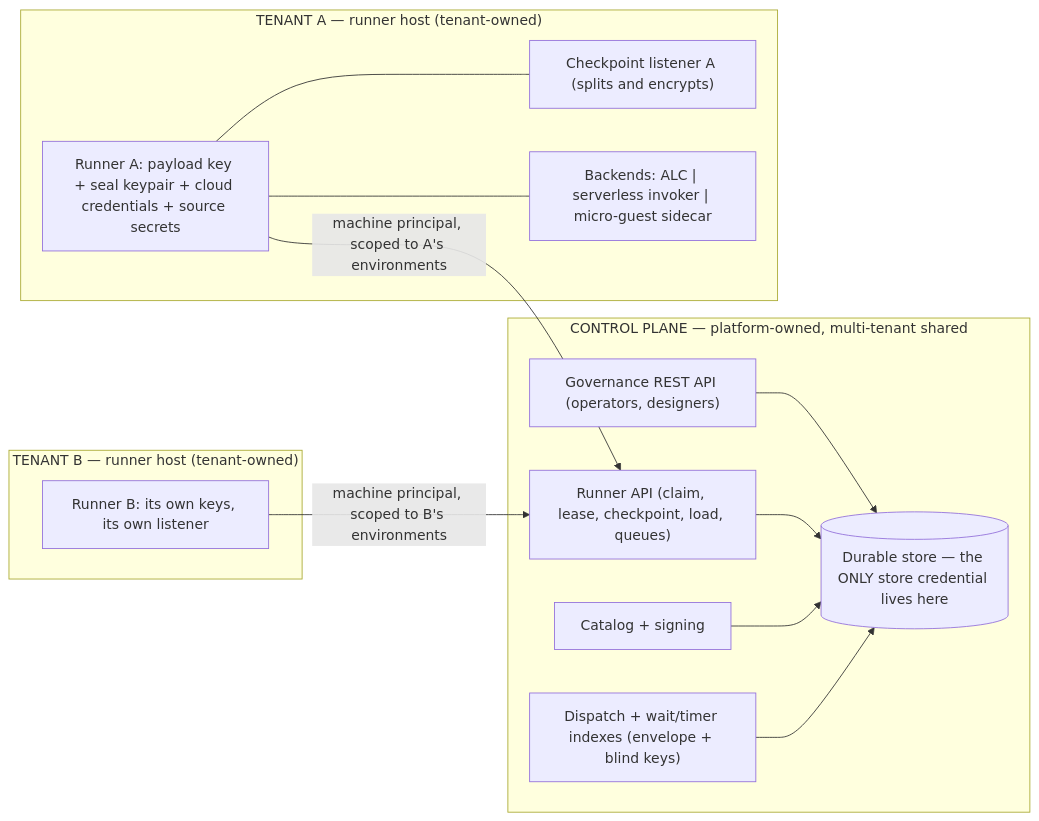
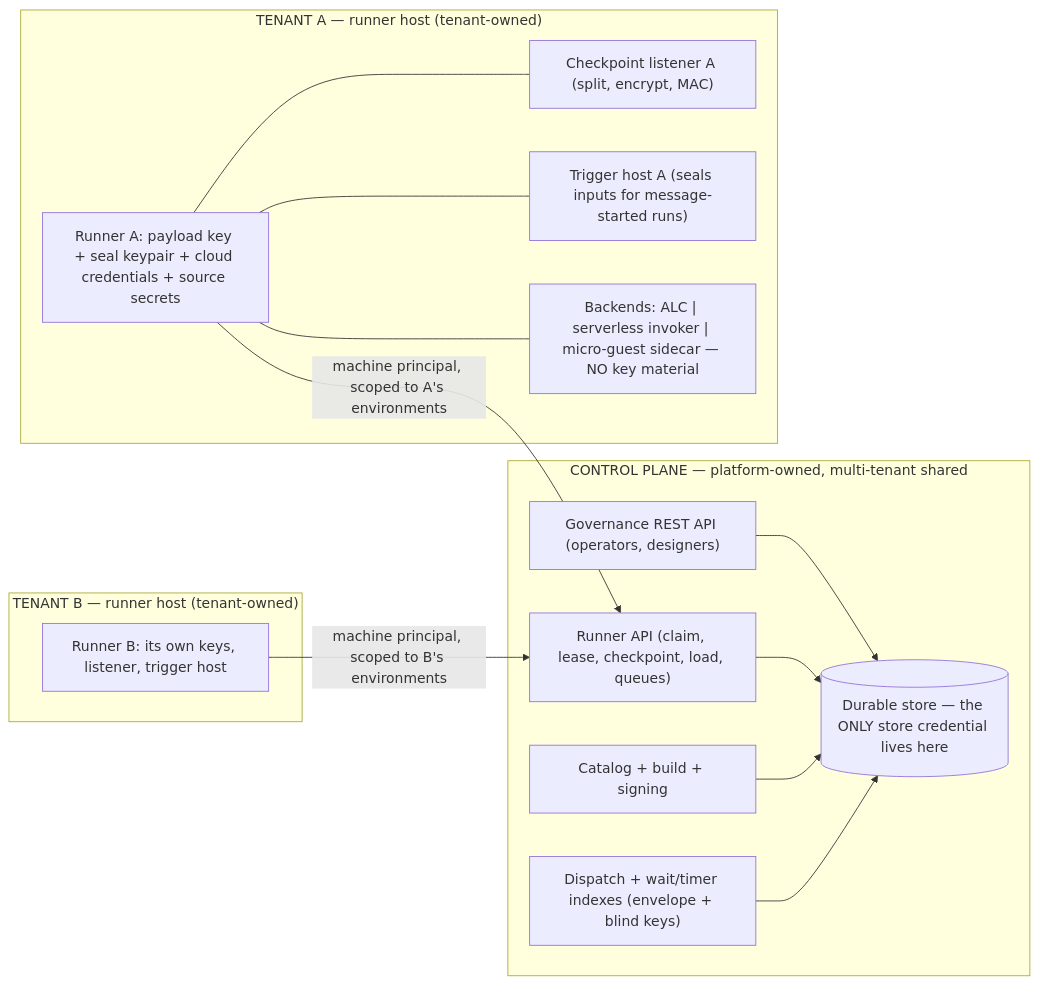
The first of 3 diagrams in docs/arazzo/adr/0065-control-plane-owns-store-runners-encrypt-payload.md (corvus-dotnet/Corvus.JsonSchema), drawn with Mermaid before and after one commit. The commit also changed other lines of this file, not shown here.

````diff
--- a/docs/arazzo/adr/0065-control-plane-owns-store-runners-encrypt-payload.md
+++ b/docs/arazzo/adr/0065-control-plane-owns-store-runners-encrypt-payload.md
@@ -54,26 +73,28 @@
 ```mermaid
 flowchart LR
   subgraph CP["CONTROL PLANE — platform-owned, multi-tenant shared"]
     GAPI["Governance REST API (operators, designers)"]
     RAPI["Runner API (claim, lease, checkpoint, load, queues)"]
     ST[("Durable store — the ONLY store credential lives here")]
-    CAT["Catalog + signing"]
+    CAT["Catalog + build + signing"]
     DISP["Dispatch + wait/timer indexes (envelope + blind keys)"]
     GAPI --> ST
     RAPI --> ST
     CAT --> ST
     DISP --> ST
   end
   subgraph TA["TENANT A — runner host (tenant-owned)"]
     RA["Runner A: payload key + seal keypair + cloud credentials + source secrets"]
-    LA["Checkpoint listener A (splits and encrypts)"]
-    BA["Backends: ALC | serverless invoker | micro-guest sidecar"]
+    LA["Checkpoint listener A (split, encrypt, MAC)"]
+    TH["Trigger host A (seals inputs for message-started runs)"]
+    BA["Backends: ALC | serverless invoker | micro-guest sidecar — NO key material"]
     RA --- LA
+    RA --- TH
     RA --- BA
   end
   subgraph TB["TENANT B — runner host (tenant-owned)"]
-    RB["Runner B: its own keys, its own listener"]
+    RB["Runner B: its own keys, listener, trigger host"]
   end
   RA -- "machine principal, scoped to A's environments" --> RAPI
   RB -- "machine principal, scoped to B's environments" --> RAPI
 ```
````
